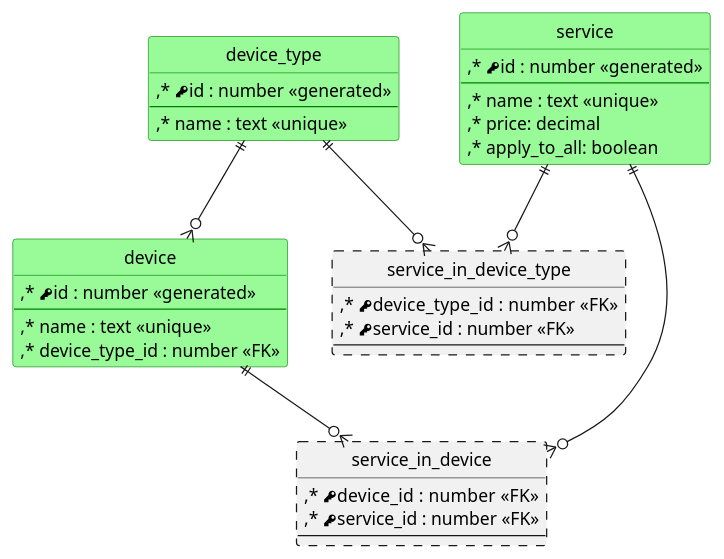
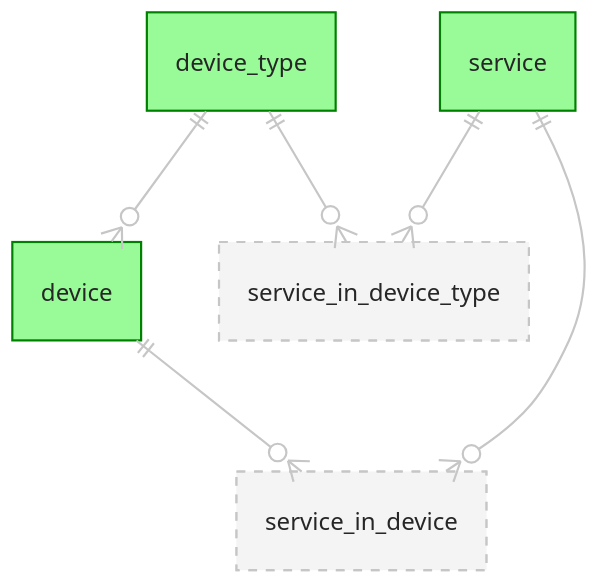
Before and after one commit to yferras/backend-interview-project-app: the diagram in doc/entity relationship diagram.org, drawn with PlantUML. The commit also changed 6 other files, not shown here.

```diff
--- a/doc/entity relationship diagram.org
+++ b/doc/entity relationship diagram.org
@@ -7,49 +7,53 @@
 #+begin_src plantuml :file img/entity-relationship-diagram.png
 
 @startuml
-
+scale 1.75
+!theme carbon-gray
+skinparam backgroundcolor transparent
 hide circle
 
 entity device_type #palegreen ##green {
         ,* <&key>id : number <<generated>>
         --
         ,* name : text <<unique>>
 }
 
 entity device #palegreen ##green {
         ,* <&key>id : number <<generated>>
         --
         ,* name : text <<unique>>
         ,* device_type_id : number <<FK>>
+        ,* user_id : number
 }
 
 entity service #palegreen ##green {
         ,* <&key>id : number <<generated>>
         --
         ,* name : text <<unique>>
         ,* price: decimal
         ,* apply_to_all: boolean
 }
 
 entity service_in_device_type ##[dashed] {
         ,* <&key>device_type_id  : number <<FK>>
         ,* <&key>service_id : number <<FK>>
         --
 }
 
 entity service_in_device ##[dashed] {
         ,* <&key>device_id  : number <<FK>>
         ,* <&key>service_id : number <<FK>>
         --
 }
 
 device_type ||--o{ device
 device_type ||--o{ service_in_device_type
 service ||--o{ service_in_device_type
 service ||--o{ service_in_device
 device ||--o{ service_in_device
 
+hide members
 
 @enduml
 
 #+end_src
```
